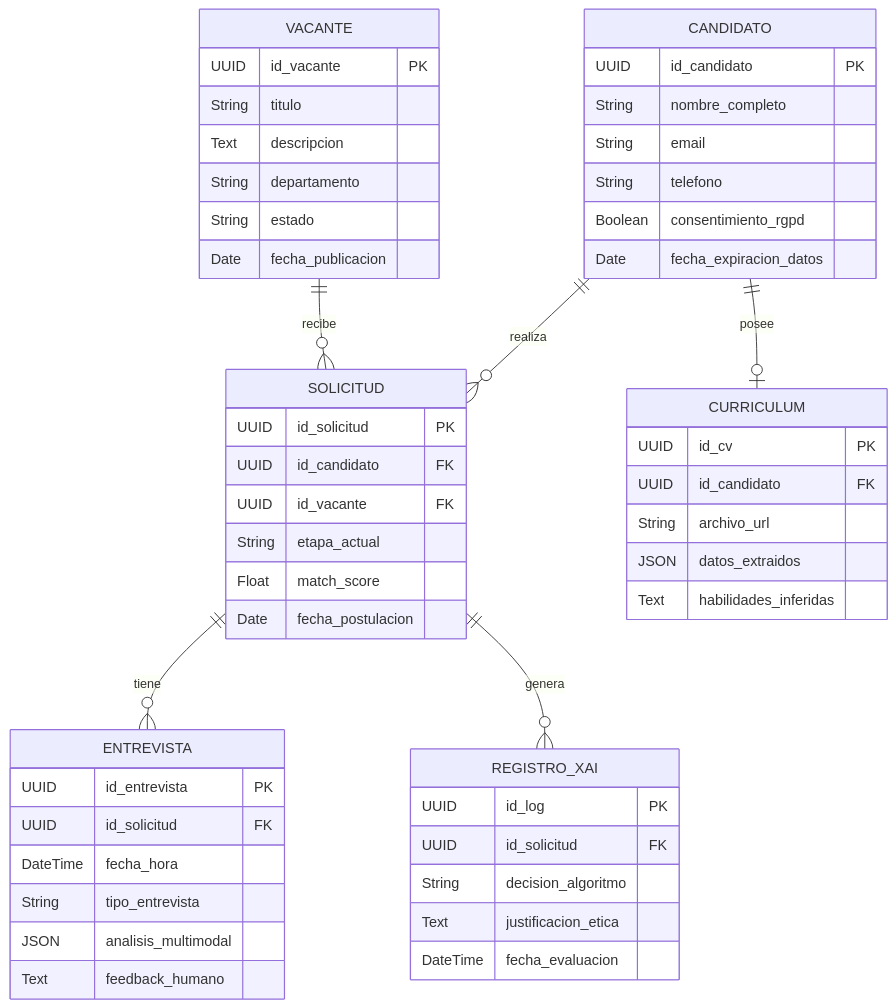
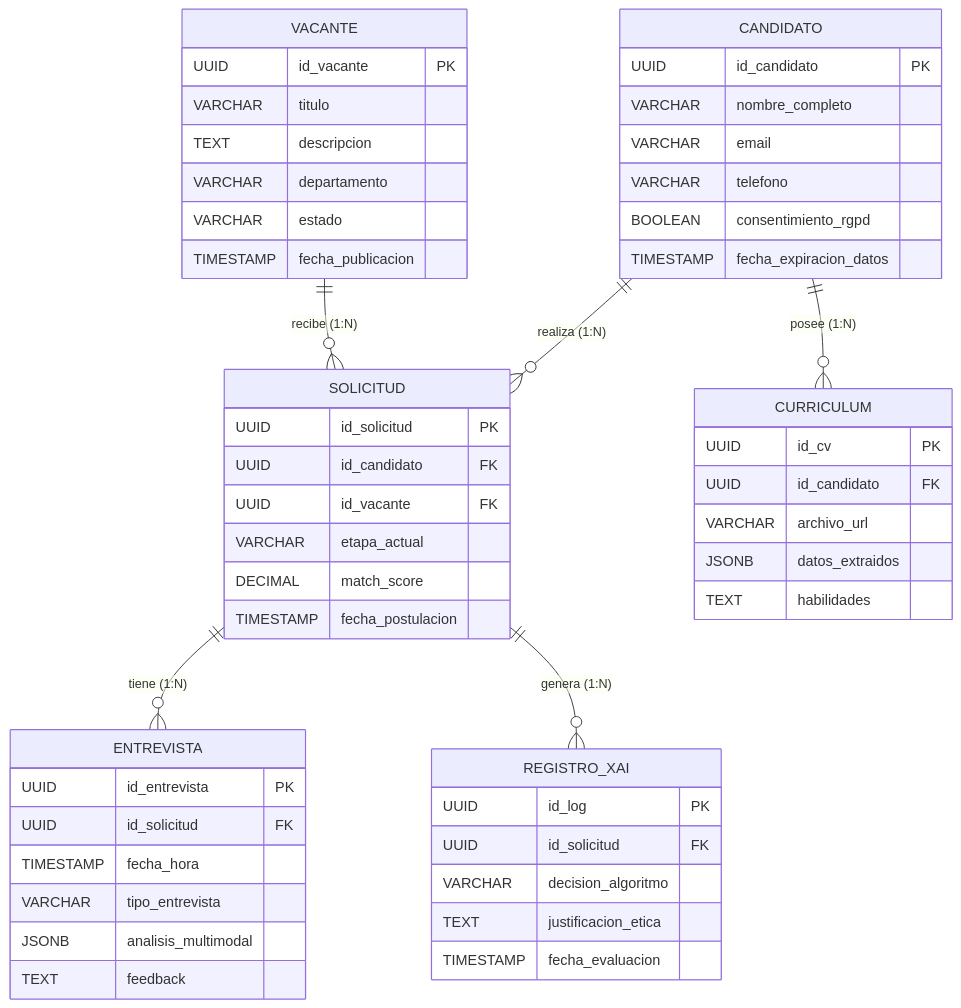
Before and after one commit to lacruzjd/AI4Devs-design-1-202603: the fourth of 6 diagrams in LTI-JDLM/LTI-JDLM.md, drawn with Mermaid. The commit also changed other lines of this file and 1 other file, not shown here.

````diff
--- a/LTI-JDLM/LTI-JDLM.md
+++ b/LTI-JDLM/LTI-JDLM.md
@@ -117,55 +259,55 @@
 ```mermaid
 erDiagram
-    CANDIDATO ||--o{ SOLICITUD : "realiza"
-    CANDIDATO ||--o| CURRICULUM : "posee"
-    VACANTE ||--o{ SOLICITUD : "recibe"
-    SOLICITUD ||--o{ ENTREVISTA : "tiene"
-    SOLICITUD ||--o{ REGISTRO_XAI : "genera"
+    CANDIDATO ||--o{ SOLICITUD : "realiza (1:N)"
+    VACANTE ||--o{ SOLICITUD : "recibe (1:N)"
+    CANDIDATO ||--o{ CURRICULUM : "posee (1:N)"
+    SOLICITUD ||--o{ ENTREVISTA : "tiene (1:N)"
+    SOLICITUD ||--o{ REGISTRO_XAI : "genera (1:N)"
 
     CANDIDATO {
         UUID id_candidato PK
-        String nombre_completo
-        String email
-        String telefono
-        Boolean consentimiento_rgpd
-        Date fecha_expiracion_datos
+        VARCHAR nombre_completo
+        VARCHAR email
+        VARCHAR telefono
+        BOOLEAN consentimiento_rgpd
+        TIMESTAMP fecha_expiracion_datos
     }
     VACANTE {
         UUID id_vacante PK
-        String titulo
-        Text descripcion
-        String departamento
-        String estado
-        Date fecha_publicacion
+        VARCHAR titulo
+        TEXT descripcion
+        VARCHAR departamento
+        VARCHAR estado
+        TIMESTAMP fecha_publicacion
     }
     SOLICITUD {
         UUID id_solicitud PK
         UUID id_candidato FK
         UUID id_vacante FK
-        String etapa_actual
-        Float match_score
-        Date fecha_postulacion
+        VARCHAR etapa_actual
+        DECIMAL match_score
+        TIMESTAMP fecha_postulacion
     }
     CURRICULUM {
         UUID id_cv PK
         UUID id_candidato FK
-        String archivo_url
-        JSON datos_extraidos
-        Text habilidades_inferidas
+        VARCHAR archivo_url
+        JSONB datos_extraidos
+        TEXT habilidades
     }
     ENTREVISTA {
         UUID id_entrevista PK
         UUID id_solicitud FK
-        DateTime fecha_hora
-        String tipo_entrevista
-        JSON analisis_multimodal
-        Text feedback_humano
+        TIMESTAMP fecha_hora
+        VARCHAR tipo_entrevista
+        JSONB analisis_multimodal
+        TEXT feedback
     }
     REGISTRO_XAI {
         UUID id_log PK
         UUID id_solicitud FK
-        String decision_algoritmo
-        Text justificacion_etica
-        DateTime fecha_evaluacion
+        VARCHAR decision_algoritmo
+        TEXT justificacion_etica
+        TIMESTAMP fecha_evaluacion
     }
 ```
````
